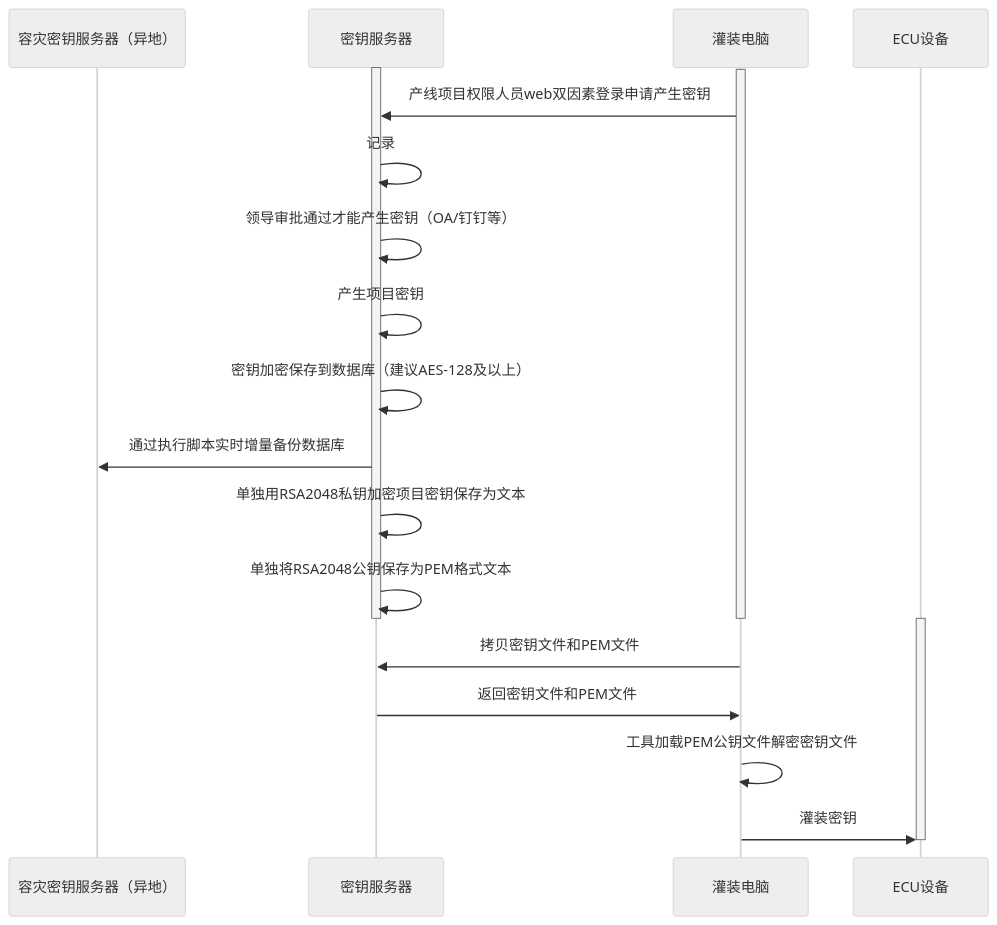
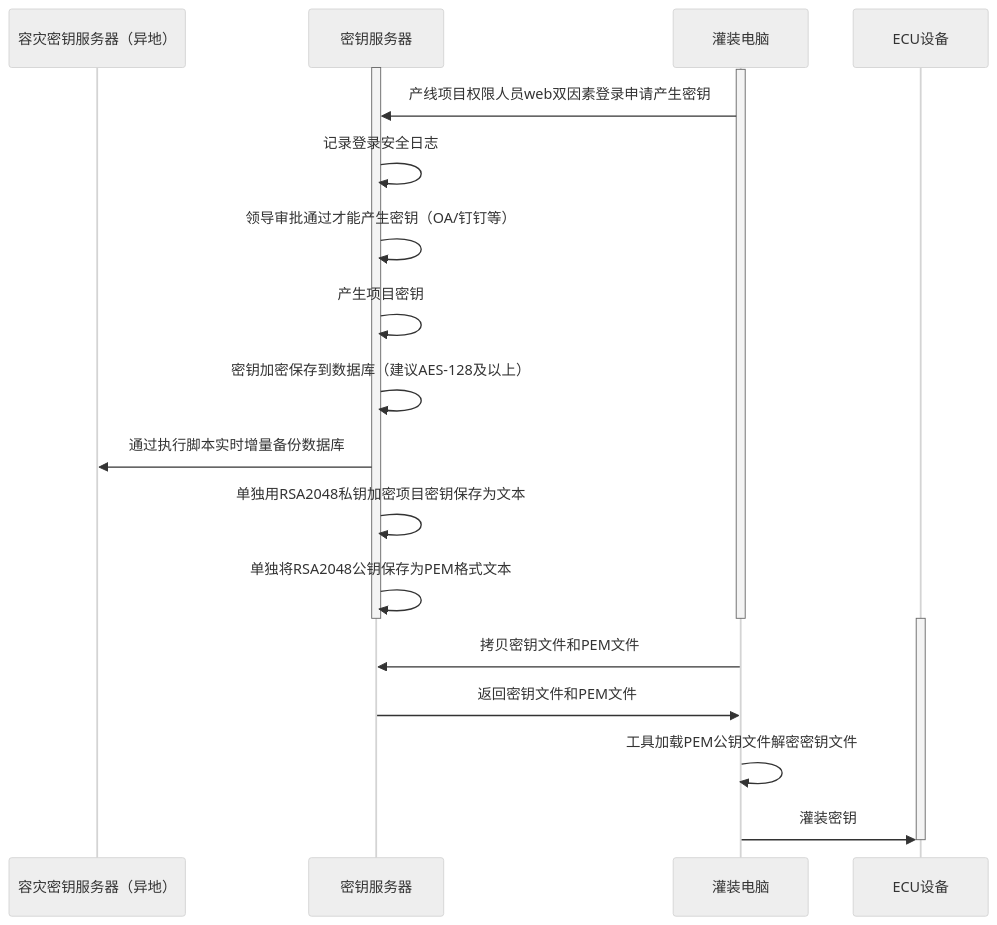
One commit to facebook-cloud/iodraw-files changed the diagram in all/未命名-15.md. Above: the diagram before and after it, drawn with Mermaid (neutral theme).

Commit message:
2026-02-11 19:35:25 update

````diff
--- a/all/未命名-15.md
+++ b/all/未命名-15.md
@@ -1,29 +1,29 @@
 ```mermaid
 sequenceDiagram
     participant A as 容灾密钥服务器（异地）
     participant B as 密钥服务器
     participant D as 灌装电脑
     participant E as ECU设备
 
     activate B
     activate D
     D->>B: 产线项目权限人员web双因素登录申请产生密钥
-    B->>B: 记录
+    B->>B: 记录登录安全日志
     B->>B: 领导审批通过才能产生密钥（OA/钉钉等）
     B->>B: 产生项目密钥
     B->>B: 密钥加密保存到数据库（建议AES-128及以上）
     B->>A: 通过执行脚本实时增量备份数据库
 
     B->>B: 单独用RSA2048私钥加密项目密钥保存为文本
     B->>B: 单独将RSA2048公钥保存为PEM格式文本
     deactivate B
     deactivate D
 
     activate E
     D->>B: 拷贝密钥文件和PEM文件
     B->>D: 返回密钥文件和PEM文件
     D->>D:工具加载PEM公钥文件解密密钥文件
     D->>E: 灌装密钥
     deactivate E
 
 ```
````
